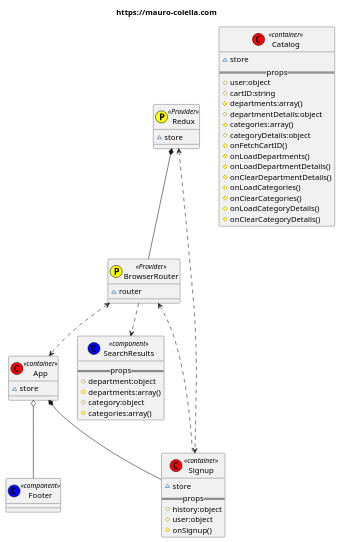
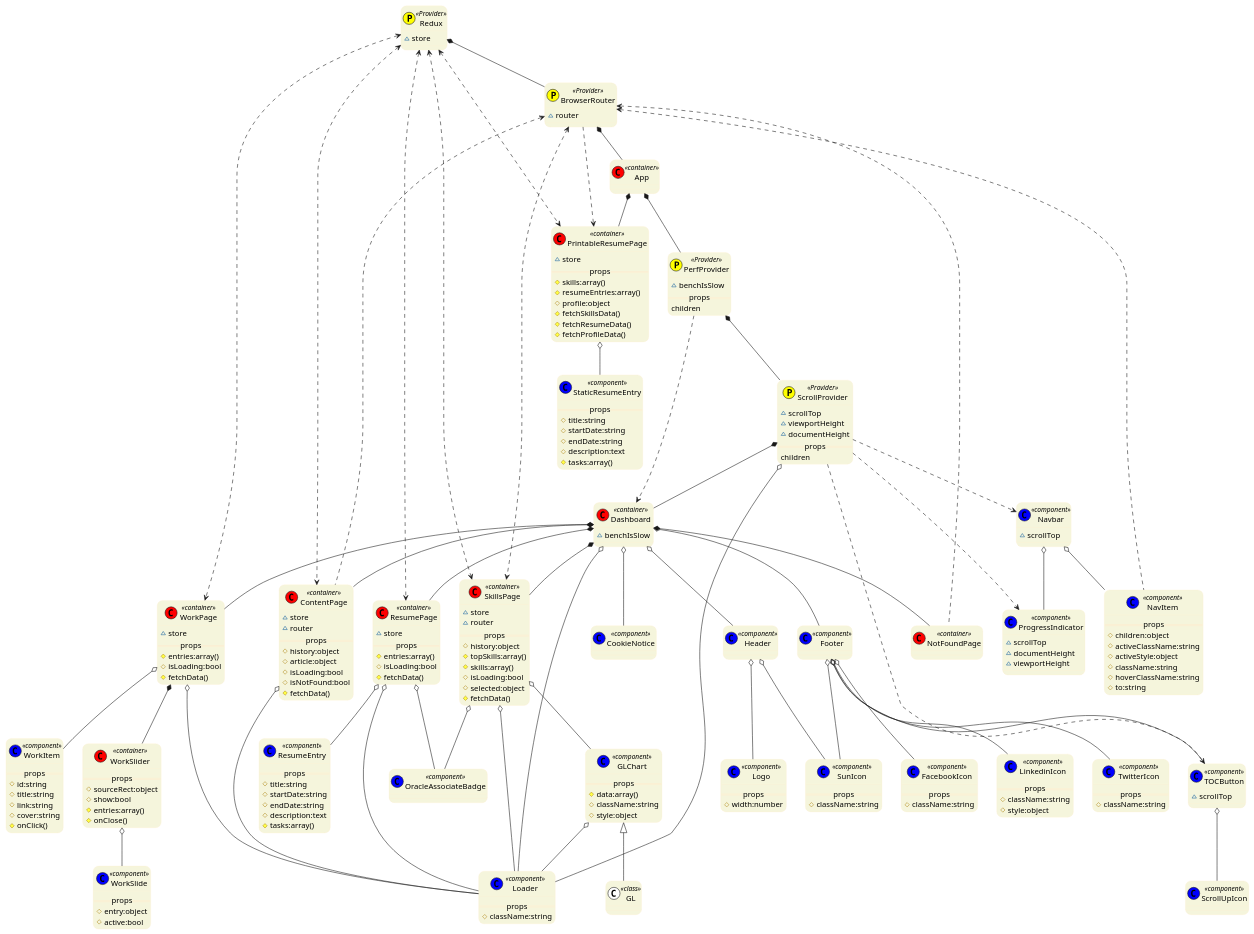
One commit to maurocolella/__new_me changed the diagram in doc/diagram.plantuml. Above: the diagram before and after it, drawn with PlantUML. The commit also changed 7 other files, not shown here.

Commit message:
Fill up diagram

```diff
--- a/doc/diagram.plantuml
+++ b/doc/diagram.plantuml
@@ -1,5 +1,9 @@
-@startuml
-title https://mauro-colella.com
+@startuml name Component Diagram
+skinparam roundcorner 20
+skinparam class {
+    BackgroundColor Beige
+    BorderColor BlanchedAlmond
+}
 
 class Redux << (P,yellow) Provider>> {
     ~store
@@ -9,58 +13,279 @@
     ~router
 }
 
-class App << (C,red) container>> {
-    ~store
+class PerfProvider << (P,yellow) Provider>> {
+    ~benchIsSlow
+    ==props==
+    children
 }
 
-class Signup << (C,red) container>> {
+class ScrollProvider << (P,yellow) Provider>> {
+    ~scrollTop
+    ~viewportHeight
+    ~documentHeight
+    ==props==
+    children
+}
+
+class App << (C,red) container>> {
+
+}
+
+class PrintableResumePage << (C,red) container>> {
     ~store
     ==props==
-    # history:object
-    # user:object
-    # onSignup()
+    # skills:array()
+    # resumeEntries:array()
+    # profile:object
+    # fetchSkillsData()
+    # fetchResumeData()
+    # fetchProfileData()
 }
 
-class Catalog << (C,red) container>> {
+class Dashboard << (C,red) container>> {
+    ~benchIsSlow
+}
+
+class SkillsPage << (C,red) container>> {
+    ~store
+    ~router
+    ==props==
+    # history:object
+    # topSkills:array()
+    # skills:array()
+    # isLoading:bool
+    # selected:object
+    # fetchData()
+}
+
+class WorkPage << (C,red) container>> {
     ~store
     ==props==
-    # user:object
-    # cartID:string
-    # departments:array()
-    # departmentDetails:object
-    # categories:array()
-    # categoryDetails:object
-    # onFetchCartID()
-    # onLoadDepartments()
-    # onLoadDepartmentDetails()
-    # onClearDepartmentDetails()
-    # onLoadCategories()
-    # onClearCategories()
-    # onLoadCategoryDetails()
-    # onClearCategoryDetails()
+    # entries:array()
+    # isLoading:bool
+    # fetchData()
+}
+
+class ResumePage << (C,red) container>> {
+    ~store
+    ==props==
+    # entries:array()
+    # isLoading:bool
+    # fetchData()
+}
+
+class WorkSlider << (C,red) container>> {
+    ==props==
+    # sourceRect:object
+    # show:bool
+    # entries:array()
+    # onClose()
+}
+
+class ContentPage << (C,red) container>> {
+    ~store
+    ~router
+    ==props==
+    # history:object
+    # article:object
+    # isLoading:bool
+    # isNotFound:bool
+    # fetchData()
+}
+
+class NotFoundPage << (C,red) container>> {
+
+}
+
+class StaticResumeEntry << (C,blue) component >> {
+    ==props==
+    # title:string
+    # startDate:string
+    # endDate:string
+    # description:text
+    # tasks:array()
+}
+
+class Navbar << (C,blue) component >> {
+    ~scrollTop
+}
+
+class NavItem << (C,blue) component >> {
+    ==props==
+    # children:object
+    # activeClassName:string
+    # activeStyle:object
+    # className:string
+    # hoverClassName:string
+    # to:string
+}
+
+class ProgressIndicator << (C,blue) component >> {
+    ~scrollTop
+    ~documentHeight
+    ~viewportHeight
+}
+
+class Loader << (C,blue) component >> {
+    ==props==
+    # className:string
+}
+
+class Header << (C,blue) component >> {
+
+}
+
+class SunIcon << (C,blue) component >> {
+    ==props==
+    # className:string
+}
+
+class Logo << (C,blue) component >> {
+    ==props==
+    # width:number
+}
+
+class OracleAssociateBadge << (C,blue) component >> {
+
+}
+
+class GLChart << (C,blue) component >> {
+    ==props==
+    # data:array()
+    # className:string
+    # style:object
+}
+
+class WorkItem << (C,blue) component >> {
+    ==props==
+    # id:string
+    # title:string
+    # link:string
+    # cover:string
+    # onClick()
+}
+
+class WorkSlide << (C,blue) component >> {
+    ==props==
+    # entry:object
+    # active:bool
+}
+
+class ResumeEntry << (C,blue) component >> {
+    ==props==
+    # title:string
+    # startDate:string
+    # endDate:string
+    # description:text
+    # tasks:array()
 }
 
 class Footer << (C,blue) component >> {
 
 }
 
-class SearchResults << (C,blue) component>> {
+class TOCButton << (C,blue) component >> {
+    ~scrollTop
+}
+
+class TwitterIcon << (C,blue) component >> {
     ==props==
-    # department:object
-    # departments:array()
-    # category:object
-    # categories:array()
+    # className:string
+}
+
+class FacebookIcon << (C,blue) component >> {
+    ==props==
+    # className:string
+}
+
+class LinkedinIcon << (C,blue) component >> {
+    ==props==
+    # className:string
+    # style:object
+}
+
+class CookieNotice << (C,blue) component >> {
+
+}
+
+class ScrollUpIcon << (C,blue) component >> {
+
+}
+
+class GL << (C,white) class >> {
+
 }
 
 Redux *-- BrowserRouter
-BrowserRouter <..> App
+BrowserRouter *-- App
+App *-- PerfProvider
+PerfProvider *-- ScrollProvider
 
-Redux <..> Signup
+Redux <..> PrintableResumePage
+Redux <..> SkillsPage
+Redux <..> WorkPage
+Redux <..> ResumePage
+Redux <..> ContentPage
 
-App *-- Signup
-App o-- Footer
+App *-- PrintableResumePage
 
-BrowserRouter <.. Signup
-BrowserRouter ..> SearchResults
+PerfProvider ..> Dashboard
+
+ScrollProvider ..> Navbar
+ScrollProvider ..> ProgressIndicator
+ScrollProvider o-- Loader
+ScrollProvider *-- Dashboard
+ScrollProvider ..> TOCButton
+
+PrintableResumePage o-- StaticResumeEntry
+
+Navbar o-- NavItem
+Navbar o-- ProgressIndicator
+
+Dashboard o-- Loader
+Dashboard o-- Header
+Dashboard *-- SkillsPage
+Dashboard *-- WorkPage
+Dashboard *-- ResumePage
+Dashboard *-- ContentPage
+Dashboard *-- NotFoundPage
+Dashboard o-- Footer
+Dashboard o-- CookieNotice
+
+Header o-- SunIcon
+Header o-- Logo
+
+SkillsPage o-- Loader
+SkillsPage o-- OracleAssociateBadge
+SkillsPage o-- GLChart
+
+GLChart o-- Loader
+GLChart <|-- GL
+
+WorkPage o-- Loader
+WorkPage o-- WorkItem
+WorkPage *-- WorkSlider
+
+ResumePage o-- Loader
+ResumePage o-- OracleAssociateBadge
+ResumePage o-- ResumeEntry
+
+WorkSlider o-- WorkSlide
+
+ContentPage o-- Loader
+
+Footer o-- SunIcon
+Footer o-- TOCButton
+Footer o-- TwitterIcon
+Footer o-- FacebookIcon
+Footer o-- LinkedinIcon
+
+TOCButton o-- ScrollUpIcon
+
+BrowserRouter ..> PrintableResumePage
+BrowserRouter <.. NavItem
+BrowserRouter <..> SkillsPage
+BrowserRouter <.. ContentPage
+BrowserRouter <.. NotFoundPage
 
 @enduml
```
